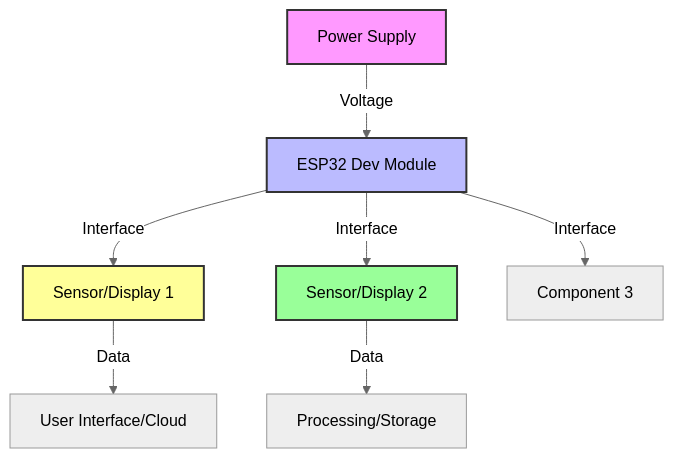
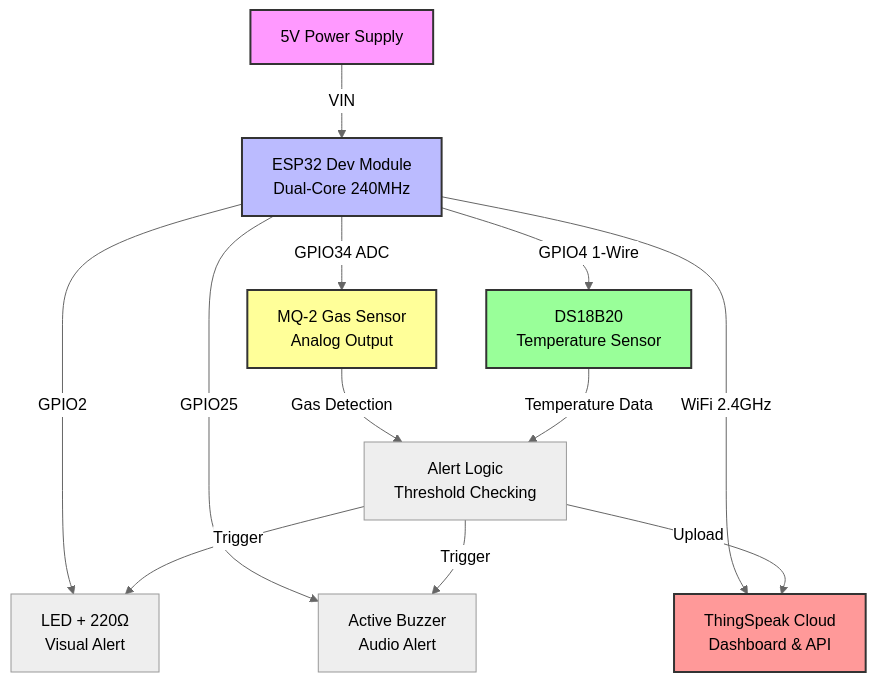
Before and after one commit to ficrammanifur/esp32c3-oled-weather: the first of 3 diagrams in SistemWaktuNyata/README.md, drawn with Mermaid (neutral theme). The commit also changed other lines of this file, not shown here.

````diff
--- a/SistemWaktuNyata/README.md
+++ b/SistemWaktuNyata/README.md
@@ -76,13 +79,19 @@
 ```mermaid
 graph TD
-    A[Power Supply] -->|Voltage| B[ESP32 Dev Module]
-    B -->|Interface| C[Sensor/Display 1]
-    B -->|Interface| D[Sensor/Display 2]
-    B -->|Interface| E[Component 3]
-    C -->|Data| F[User Interface/Cloud]
-    D -->|Data| G[Processing/Storage]
+    A[5V Power Supply] -->|VIN| B[ESP32 Dev Module<br/>Dual-Core 240MHz]
+    B -->|GPIO34 ADC| C[MQ-2 Gas Sensor<br/>Analog Output]
+    B -->|GPIO4 1-Wire| D[DS18B20<br/>Temperature Sensor]
+    B -->|GPIO2| E[LED + 220Ω<br/>Visual Alert]
+    B -->|GPIO25| F[Active Buzzer<br/>Audio Alert]
+    B -->|WiFi 2.4GHz| G[ThingSpeak Cloud<br/>Dashboard & API]
+    C -->|Gas Detection| H[Alert Logic<br/>Threshold Checking]
+    D -->|Temperature Data| H
+    H -->|Trigger| E
+    H -->|Trigger| F
+    H -->|Upload| G
     style A fill:#f9f,stroke:#333,stroke-width:2px
     style B fill:#bbf,stroke:#333,stroke-width:2px
     style C fill:#ff9,stroke:#333,stroke-width:2px
     style D fill:#9f9,stroke:#333,stroke-width:2px
+    style G fill:#f99,stroke:#333,stroke-width:2px
 ```
````
